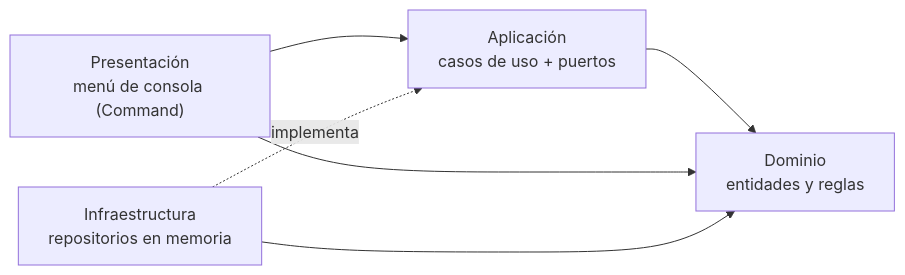
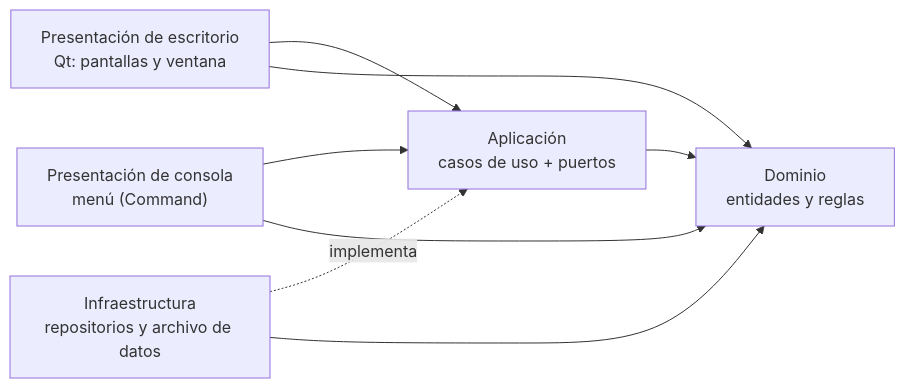
The diagram in README.md (santyxswc/almacen-c), drawn with Mermaid before and after one commit. The commit also changed other lines of this file and 11 other files, not shown here.

````diff
--- a/README.md
+++ b/README.md
@@ -74,8 +72,10 @@
 ```mermaid
 flowchart LR
-    P["Presentación<br/>menú de consola (Command)"] --> A["Aplicación<br/>casos de uso + puertos"]
-    I["Infraestructura<br/>repositorios en memoria"] -. implementa .-> A
+    E["Presentación de escritorio<br/>Qt: pantallas y ventana"] --> A
+    P["Presentación de consola<br/>menú (Command)"] --> A["Aplicación<br/>casos de uso + puertos"]
+    I["Infraestructura<br/>repositorios y archivo de datos"] -. implementa .-> A
     A --> D["Dominio<br/>entidades y reglas"]
+    E --> D
     P --> D
     I --> D
 ```
````
